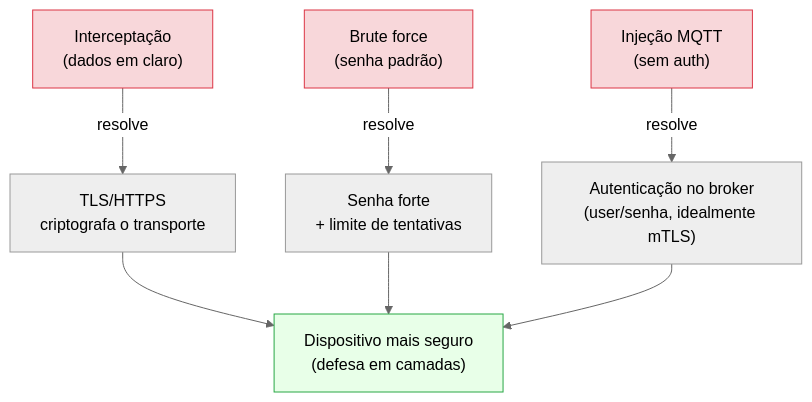
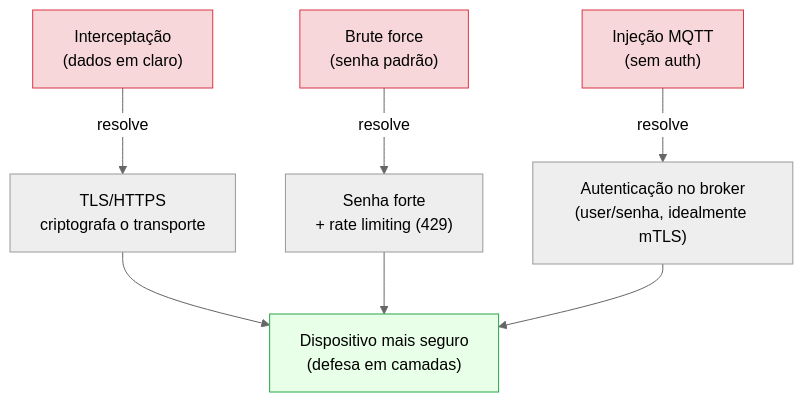
One commit to higorfs295/IoT-IDEA- changed the fifth of 6 diagrams in material_presentation/demo/docs/Demo_Seguranca_IoT_G6.md. Above: the diagram before and after it, drawn with Mermaid (neutral theme). The commit also changed other lines of this file and 15 other files, not shown here.

````diff
--- a/material_presentation/demo/docs/Demo_Seguranca_IoT_G6.md
+++ b/material_presentation/demo/docs/Demo_Seguranca_IoT_G6.md
@@ -178,13 +221,13 @@
 ```mermaid
 flowchart TD
     P1["Interceptação<br/>(dados em claro)"] -->|resolve| TLS["TLS/HTTPS<br/>criptografa o transporte"]
-    P2["Brute force<br/>(senha padrão)"] -->|resolve| PW["Senha forte<br/>+ limite de tentativas"]
+    P2["Brute force<br/>(senha padrão)"] -->|resolve| PW["Senha forte<br/>+ rate limiting (429)"]
     P3["Injeção MQTT<br/>(sem auth)"] -->|resolve| AUTH["Autenticação no broker<br/>(user/senha, idealmente mTLS)"]
     TLS --> OK["Dispositivo mais seguro<br/>(defesa em camadas)"]
     PW --> OK
     AUTH --> OK
     style OK fill:#e8ffe8,stroke:#28a745
     style P1 fill:#f8d7da,stroke:#dc3545
     style P2 fill:#f8d7da,stroke:#dc3545
     style P3 fill:#f8d7da,stroke:#dc3545
 ```
````
